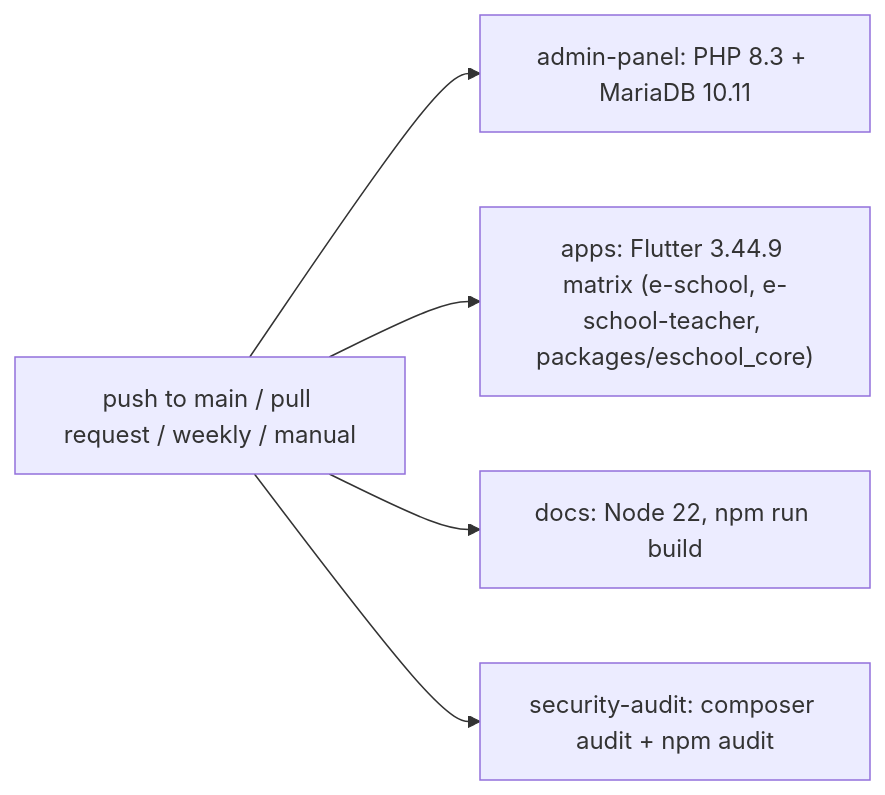
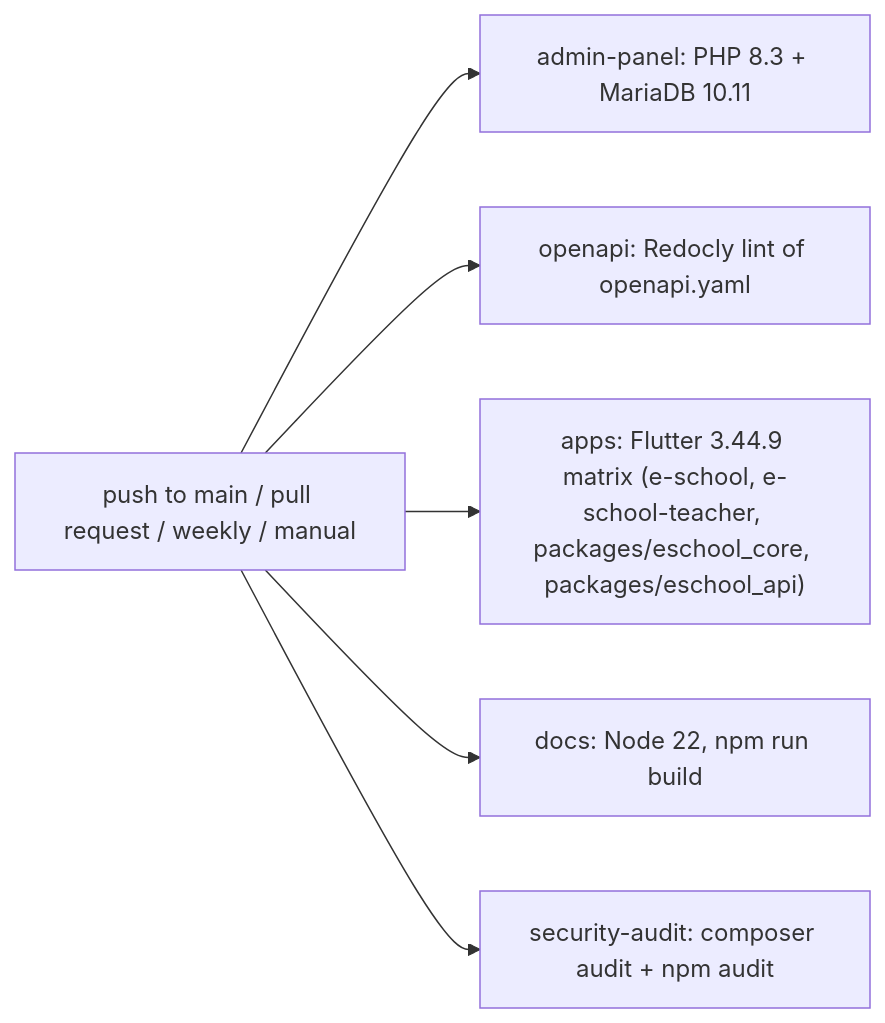
The diagram in wiki/Testing-and-CI.md (ShawnDaPrawn/Eschool), drawn with Mermaid before and after one commit. The commit also changed other lines of this file and 4 other files, not shown here.

````diff
--- a/wiki/Testing-and-CI.md
+++ b/wiki/Testing-and-CI.md
@@ -13,7 +13,8 @@
 ```mermaid
 flowchart LR
     T["push to main / pull request / weekly / manual"] --> A["admin-panel: PHP 8.3 + MariaDB 10.11"]
-    T --> B["apps: Flutter 3.44.9 matrix (e-school, e-school-teacher, packages/eschool_core)"]
+    T --> O["openapi: Redocly lint of openapi.yaml"]
+    T --> B["apps: Flutter 3.44.9 matrix (e-school, e-school-teacher, packages/eschool_core, packages/eschool_api)"]
     T --> C["docs: Node 22, npm run build"]
     T --> D["security-audit: composer audit + npm audit"]
 ```
````
